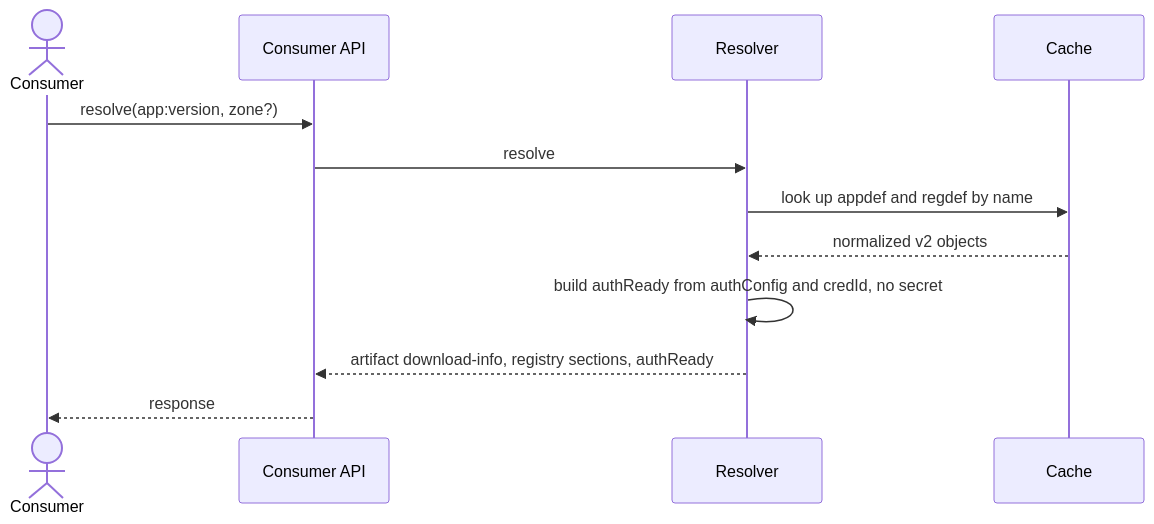
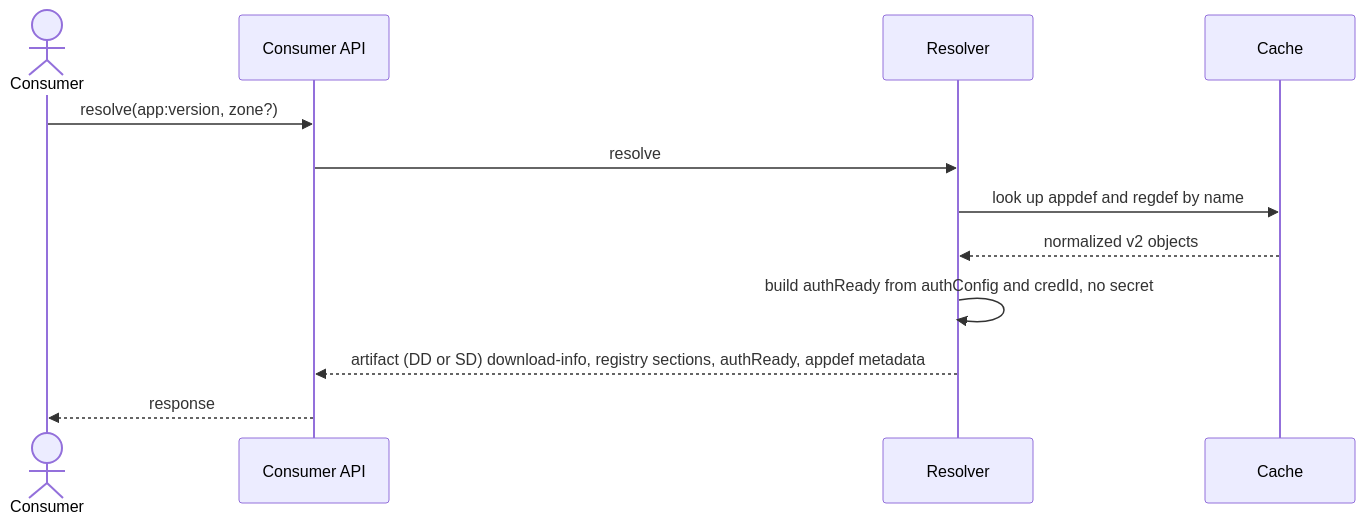
One commit to Netcracker/qubership-envgene changed the third of 5 diagrams in docs/analysis/app-reg-def-service/design/architecture.md. Above: the diagram before and after it, drawn with Mermaid. The commit also changed other lines of this file, not shown here.

First line of the commit message:
docs: address architecture.md review (round 2)

````diff
--- a/docs/analysis/app-reg-def-service/design/architecture.md
+++ b/docs/analysis/app-reg-def-service/design/architecture.md
@@ -73,14 +73,14 @@
 ```mermaid
 sequenceDiagram
   actor C as Consumer
   participant API as Consumer API
   participant R as Resolver
   participant Cache
   C->>API: resolve(app:version, zone?)
   API->>R: resolve
   R->>Cache: look up appdef and regdef by name
   Cache-->>R: normalized v2 objects
   R->>R: build authReady from authConfig and credId, no secret
-  R-->>API: artifact download-info, registry sections, authReady
+  R-->>API: artifact (DD or SD) download-info, registry sections, authReady, appdef metadata
   API-->>C: response
 ```
````
